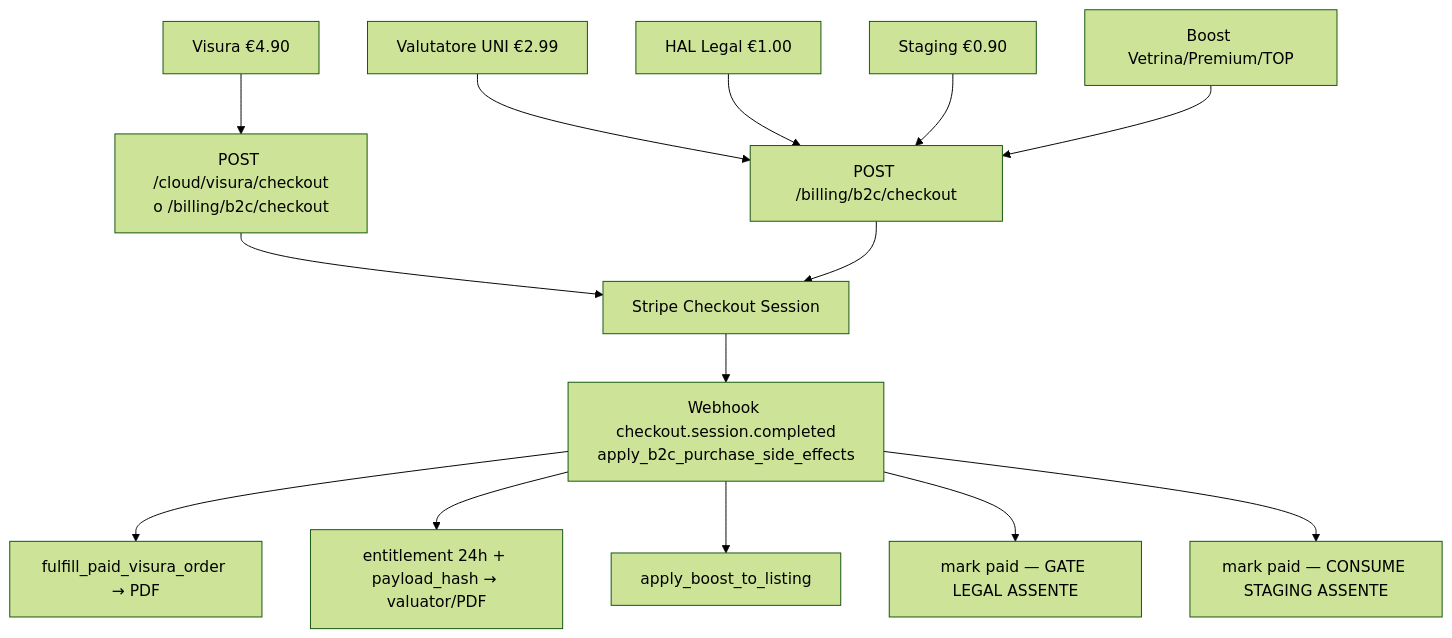
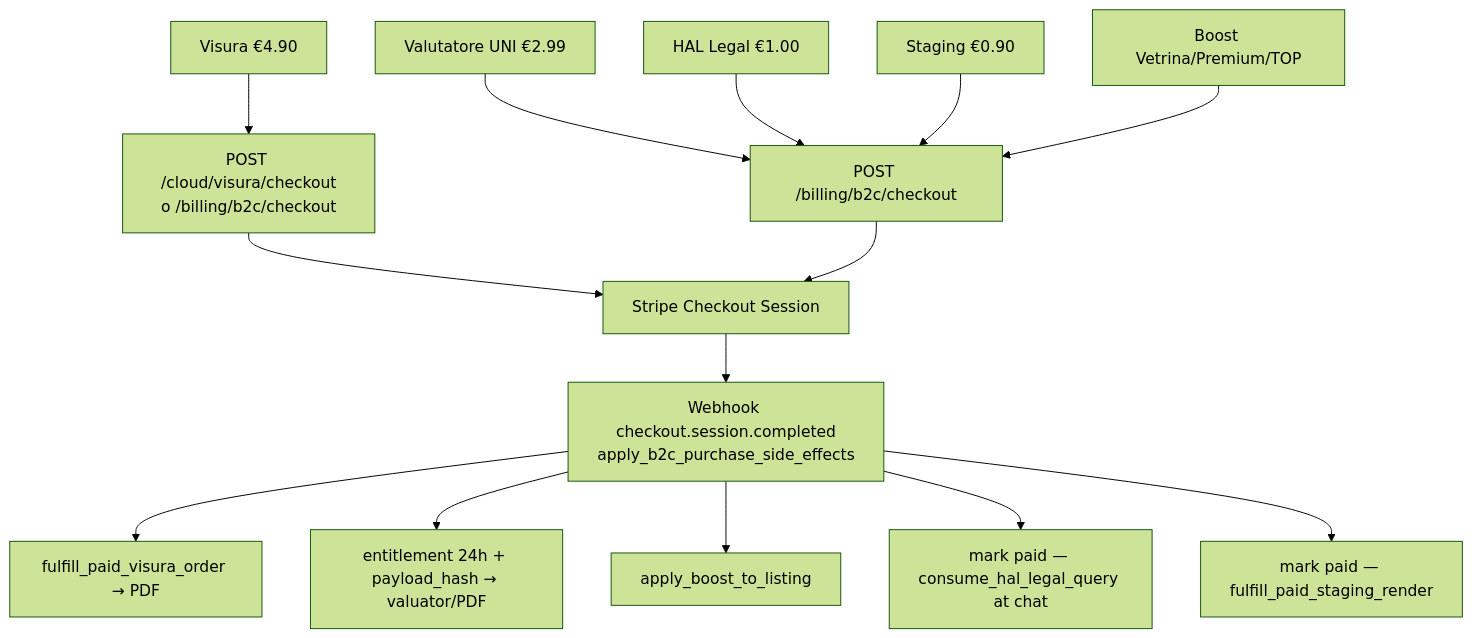
The diagram in docs/audit/portale-matrici/2026-10-08-onda-b.md (mcnicastro-netizen/omnia2), drawn with Mermaid (forest theme) before and after one commit. The commit also changed other lines of this file and 13 other files, not shown here.

First line of the commit message:
fix(portal): P-011 B2C staging consume + job post-pagamento

````diff
--- a/docs/audit/portale-matrici/2026-10-08-onda-b.md
+++ b/docs/audit/portale-matrici/2026-10-08-onda-b.md
@@ -69,16 +69,16 @@
 ```mermaid
 flowchart TD
   V[Visura €4.90] --> C1[POST /cloud/visura/checkout<br/>o /billing/b2c/checkout]
   U[Valutatore UNI €2.99] --> C2[POST /billing/b2c/checkout]
   L[HAL Legal €1.00] --> C2
   S[Staging €0.90] --> C2
   B[Boost Vetrina/Premium/TOP] --> C2
   C1 --> Stripe[Stripe Checkout Session]
   C2 --> Stripe
   Stripe --> WH[Webhook checkout.session.completed<br/>apply_b2c_purchase_side_effects]
   WH --> E_V[fulfill_paid_visura_order → PDF]
   WH --> E_U[entitlement 24h + payload_hash → valuator/PDF]
   WH --> E_B[apply_boost_to_listing]
-  WH --> E_L[mark paid — GATE LEGAL ASSENTE]
-  WH --> E_S[mark paid — CONSUME STAGING ASSENTE]
+  WH --> E_L[mark paid — consume_hal_legal_query at chat]
+  WH --> E_S[mark paid — fulfill_paid_staging_render]
 ```
````
